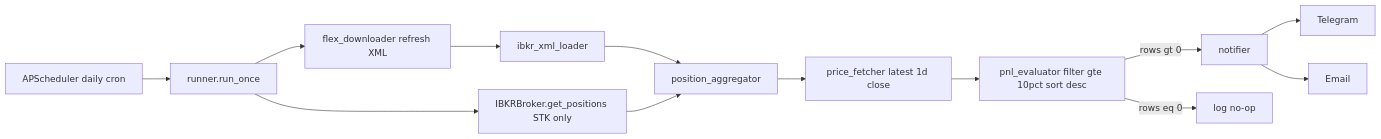
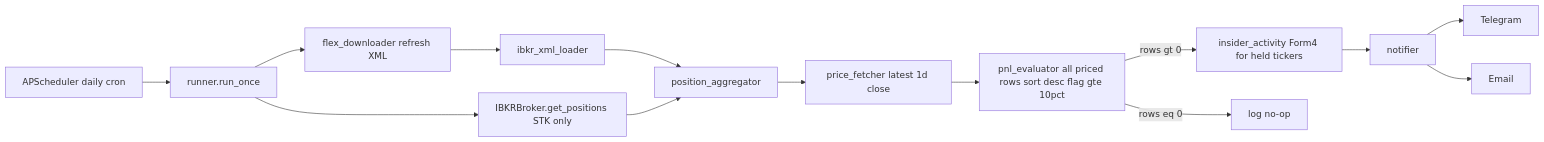
One commit to iwozere/e-trading changed the diagram in src/portfolio/pnl_alert/docs/alert-specification.md. Above: the diagram before and after it, drawn with Mermaid. The commit also changed other lines of this file and 19 other files, not shown here.

````diff
--- a/src/portfolio/pnl_alert/docs/alert-specification.md
+++ b/src/portfolio/pnl_alert/docs/alert-specification.md
@@ -136,15 +152,16 @@
 ```mermaid
 flowchart LR
     Sched[APScheduler daily cron] --> Run[runner.run_once]
     Run --> FlexDL[flex_downloader refresh XML]
     FlexDL --> XmlLoad[ibkr_xml_loader]
     Run --> Live[IBKRBroker.get_positions STK only]
     XmlLoad --> Agg[position_aggregator]
     Live --> Agg
     Agg --> Px[price_fetcher latest 1d close]
-    Px --> Eval[pnl_evaluator filter gte 10pct sort desc]
-    Eval -->|rows gt 0| Notif[notifier]
+    Px --> Eval[pnl_evaluator all priced rows sort desc flag gte 10pct]
+    Eval -->|rows gt 0| Insider[insider_activity Form4 for held tickers]
     Eval -->|rows eq 0| Skip[log no-op]
+    Insider --> Notif[notifier]
     Notif --> TG[Telegram]
     Notif --> EM[Email]
 ```
````
